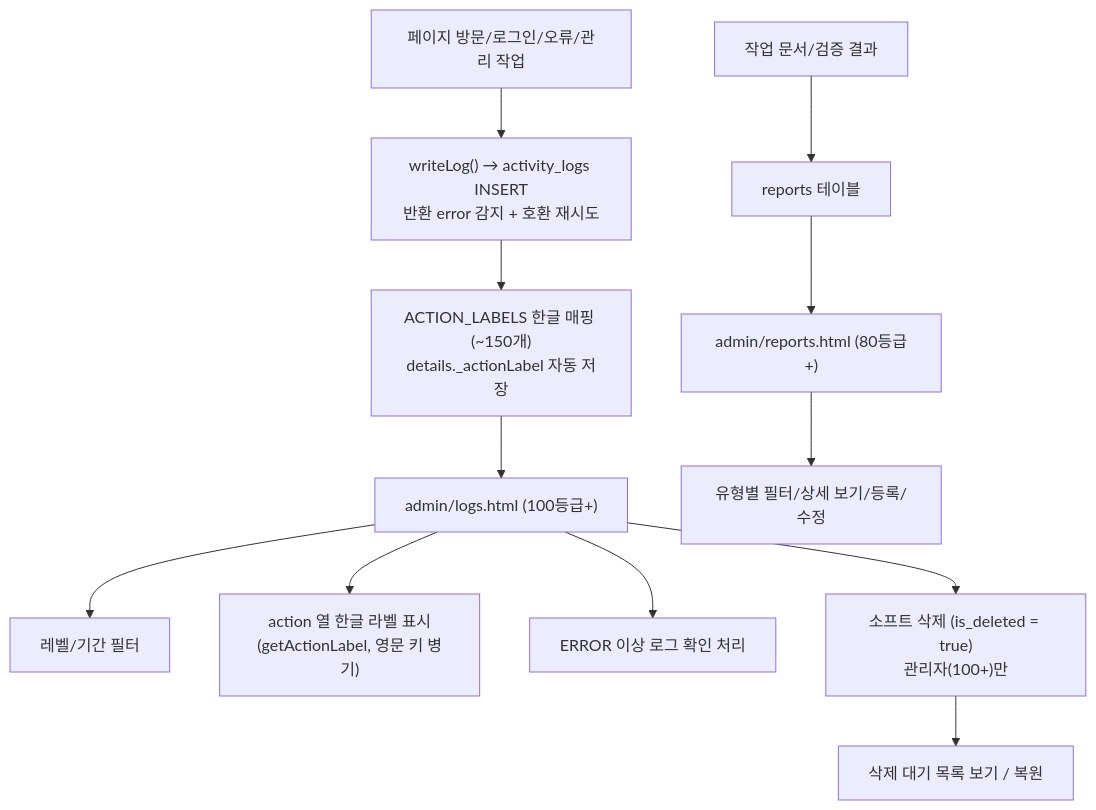
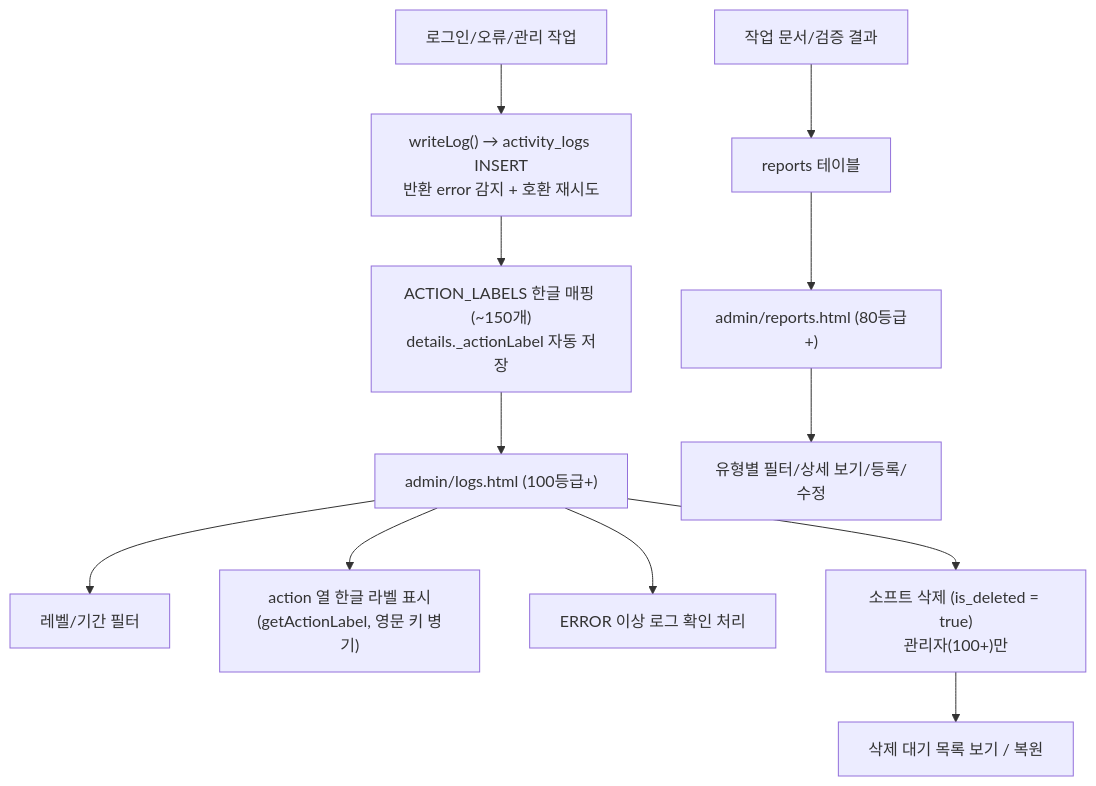
One commit to CHO-Talents/CHO-Talents changed the tenth of 12 diagrams in docs/PROJECT_ARCHITECTURE_FLOW.md. Above: the diagram before and after it, drawn with Mermaid. The commit also changed other lines of this file and 18 other files, not shown here.

````diff
--- a/docs/PROJECT_ARCHITECTURE_FLOW.md
+++ b/docs/PROJECT_ARCHITECTURE_FLOW.md
@@ -391,15 +392,15 @@
 ```mermaid
 flowchart TD
-  Event["페이지 방문/로그인/오류/관리 작업"] --> WriteLog["writeLog() → activity_logs INSERT<br/>반환 error 감지 + 호환 재시도"]
+  Event["로그인/오류/관리 작업"] --> WriteLog["writeLog() → activity_logs INSERT<br/>반환 error 감지 + 호환 재시도"]
   WriteLog --> ActionLabel["ACTION_LABELS 한글 매핑 (~150개)<br/>details._actionLabel 자동 저장"]
   ActionLabel --> Logs["admin/logs.html (100등급+)"]
   Logs --> Filter["레벨/기간 필터"]
   Logs --> KoLabel["action 열 한글 라벨 표시<br/>(getActionLabel, 영문 키 병기)"]
   Logs --> Ack["ERROR 이상 로그 확인 처리"]
   Logs --> SoftDel["소프트 삭제 (is_deleted = true)<br/>관리자(100+)만"]
   SoftDel --> DelView["삭제 대기 목록 보기 / 복원"]
 
   Docs["작업 문서/검증 결과"] --> ReportsTable["reports 테이블"]
   ReportsTable --> Reports["admin/reports.html (80등급+)"]
   Reports --> ReportView["유형별 필터/상세 보기/등록/수정"]
 ```
````
